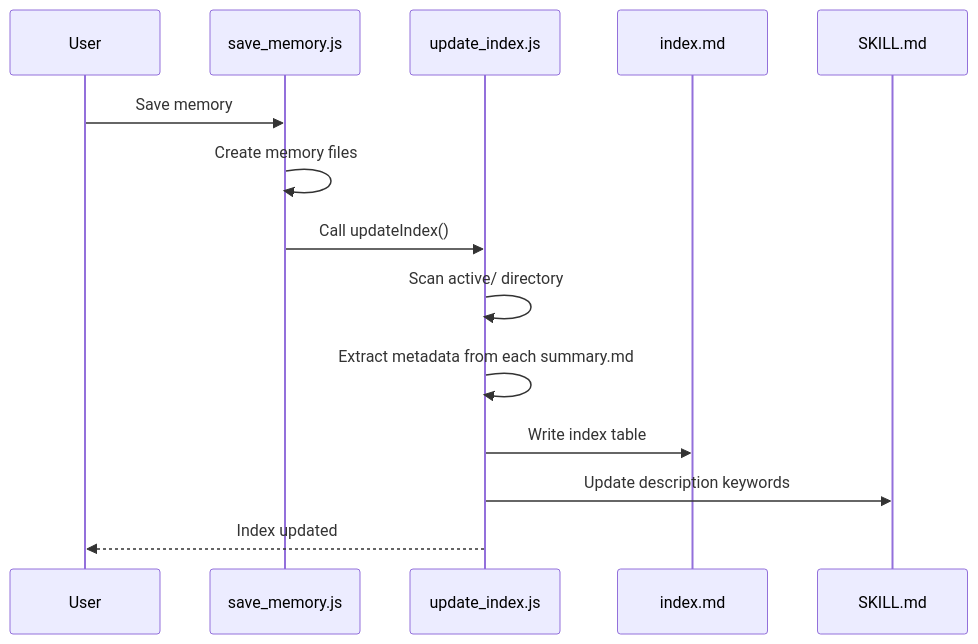
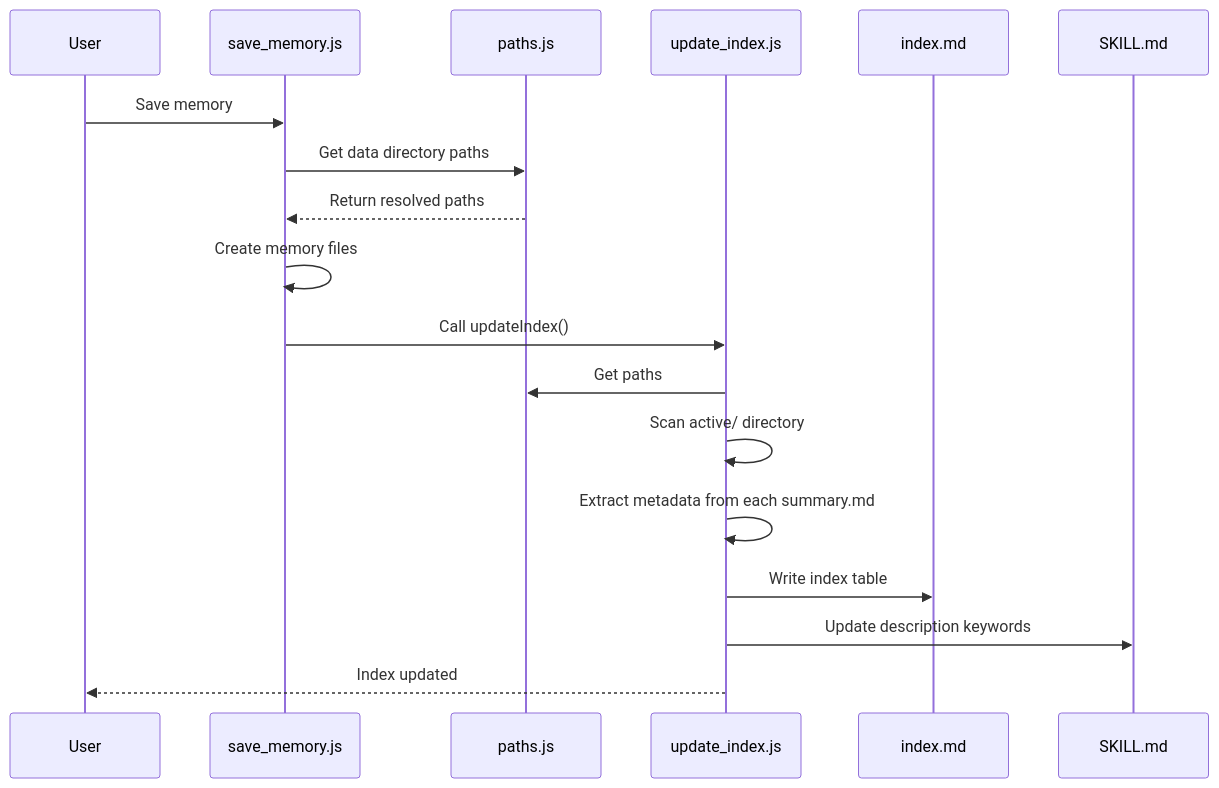
The second of 4 diagrams in docs/technical-deep-dive.md (imjszhang/conversation-memory-skill), drawn with Mermaid before and after one commit. The commit also changed other lines of this file and 5 other files, not shown here.

````diff
--- a/docs/technical-deep-dive.md
+++ b/docs/technical-deep-dive.md
@@ -229,17 +324,21 @@
 ```mermaid
 sequenceDiagram
     participant User
     participant Script as save_memory.js
+    participant Paths as paths.js
     participant Update as update_index.js
     participant Index as index.md
     participant Skill as SKILL.md
     
     User->>Script: Save memory
+    Script->>Paths: Get data directory paths
+    Paths-->>Script: Return resolved paths
     Script->>Script: Create memory files
     Script->>Update: Call updateIndex()
+    Update->>Paths: Get paths
     Update->>Update: Scan active/ directory
     Update->>Update: Extract metadata from each summary.md
     Update->>Index: Write index table
     Update->>Skill: Update description keywords
     Update-->>User: Index updated
 ```
````
